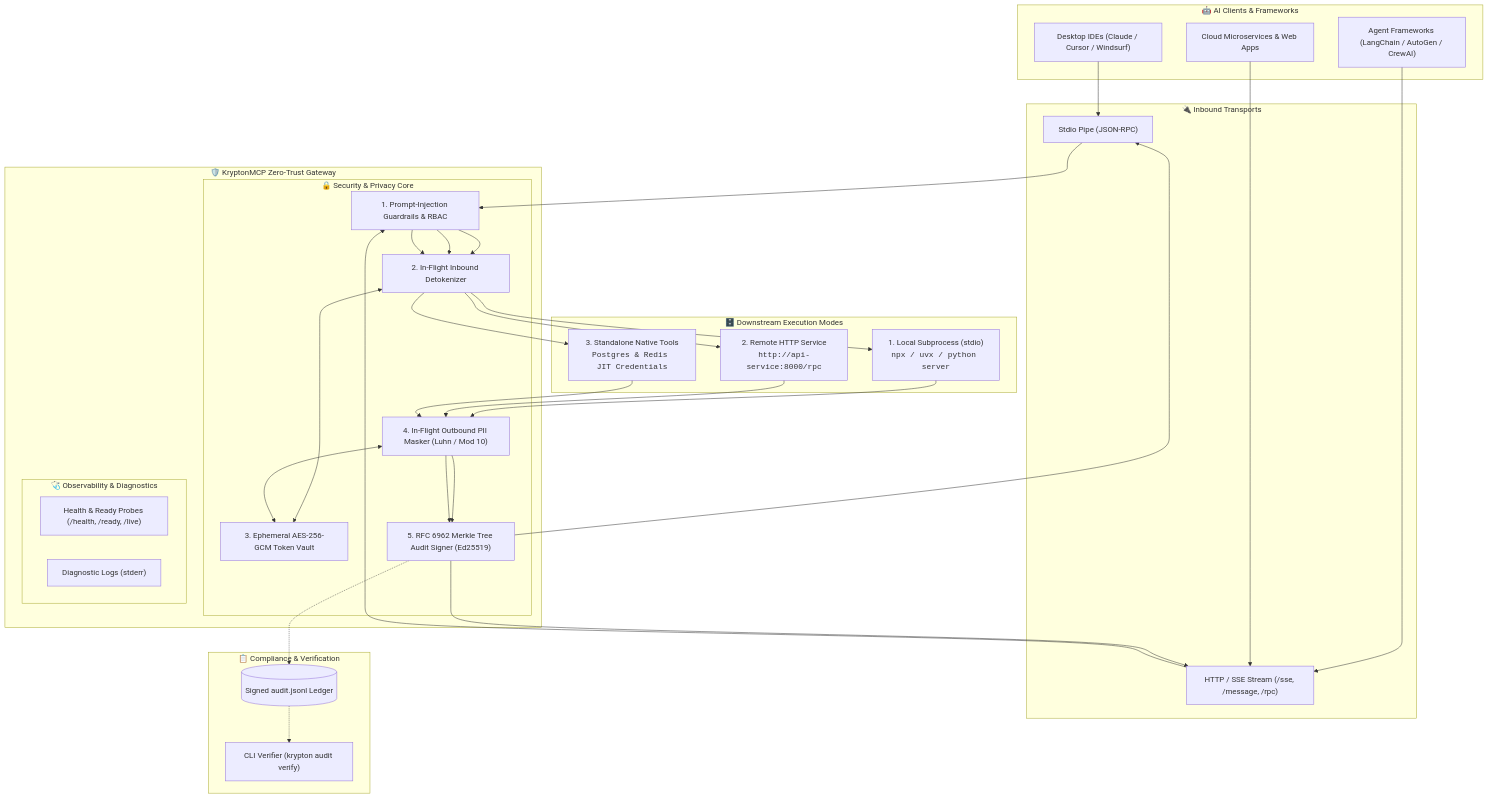
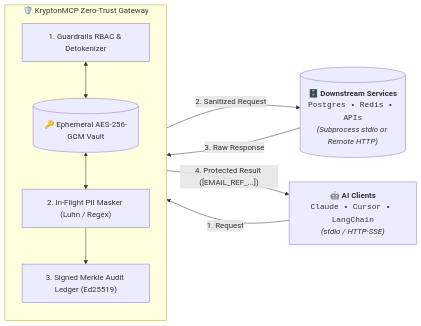
One commit to MuhammetEmirErkut/krypton-mcp changed the diagram in README.md. Above: the diagram before and after it, drawn with Mermaid.

Commit message:
docs(readme): simplify and streamline Mermaid architecture diagram for high readability

````diff
--- a/README.md
+++ b/README.md
@@ -49,62 +49,23 @@
 ```mermaid
-flowchart TD
-    subgraph Clients["🤖 AI Clients & Frameworks"]
-        C1["Desktop IDEs (Claude / Cursor / Windsurf)"]
-        C2["Agent Frameworks (LangChain / AutoGen / CrewAI)"]
-        C3["Cloud Microservices & Web Apps"]
+flowchart LR
+    Client["🤖 <b>AI Clients</b><br/><code>Claude • Cursor • LangChain</code><br/><i>(stdio / HTTP-SSE)</i>"]
+
+    subgraph Gateway["🛡️ KryptonMCP Zero-Trust Gateway"]
+        direction TB
+        Inbound["1. Guardrails RBAC & Detokenizer"]
+        Vault[("🔑 Ephemeral AES-256-GCM Vault")]
+        Outbound["2. In-Flight PII Masker (Luhn / Regex)"]
+        Audit["3. Signed Merkle Audit Ledger (Ed25519)"]
+
+        Inbound <--> Vault
+        Vault <--> Outbound
+        Outbound --> Audit
     end
 
-    subgraph Transports["🔌 Inbound Transports"]
-        T1["Stdio Pipe (JSON-RPC)"]
-        T2["HTTP / SSE Stream (/sse, /message, /rpc)"]
-    end
+    Downstream[("🗄️ <b>Downstream Services</b><br/><code>Postgres • Redis • APIs</code><br/><i>(Subprocess stdio or Remote HTTP)</i>")]
 
-    subgraph Gateway["🛡️ KryptonMCP Zero-Trust Gateway"]
-        subgraph SecurityEngine["🔒 Security & Privacy Core"]
-            G1["1. Prompt-Injection Guardrails & RBAC"]
-            G2["2. In-Flight Inbound Detokenizer"]
-            G3["3. Ephemeral AES-256-GCM Token Vault"]
-            G4["4. In-Flight Outbound PII Masker (Luhn / Mod 10)"]
-            G5["5. RFC 6962 Merkle Tree Audit Signer (Ed25519)"]
-            G2 <--> G3
-            G4 <--> G3
-        end
-
-        subgraph Probes["🩺 Observability & Diagnostics"]
-            H["Health & Ready Probes (/health, /ready, /live)"]
-            D["Diagnostic Logs (stderr)"]
-        end
-    end
-
-    subgraph Targets["🗄️ Downstream Execution Modes"]
-        TargetA["1. Local Subprocess (stdio)<br/><code>npx / uvx / python server</code>"]
-        TargetB["2. Remote HTTP Service<br/><code>http://api-service:8000/rpc</code>"]
-        TargetC["3. Standalone Native Tools<br/><code>Postgres & Redis JIT Credentials</code>"]
-    end
-
-    subgraph Auditor["📋 Compliance & Verification"]
-        V["CLI Verifier (krypton audit verify)"]
-        L[("Signed audit.jsonl Ledger")]
-    end
-
-    C1 --> T1
-    C2 --> T2
-    C3 --> T2
-
-    T1 --> G1
-    T2 --> G1
-
-    G1 --> G2 --> TargetA
-    G1 --> G2 --> TargetB
-    G1 --> G2 --> TargetC
-
-    TargetA --> G4
-    TargetB --> G4
-    TargetC --> G4
-
-    G4 --> G5 --> T1
-    G4 --> G5 --> T2
-
-    G5 -.-> L
-    L -.-> V
+    Client -->|"1. Request"| Inbound
+    Inbound -->|"2. Sanitized Request"| Downstream
+    Downstream -->|"3. Raw Response"| Outbound
+    Audit -->|"4. Protected Result ([EMAIL_REF_...])"| Client
 ```
````
